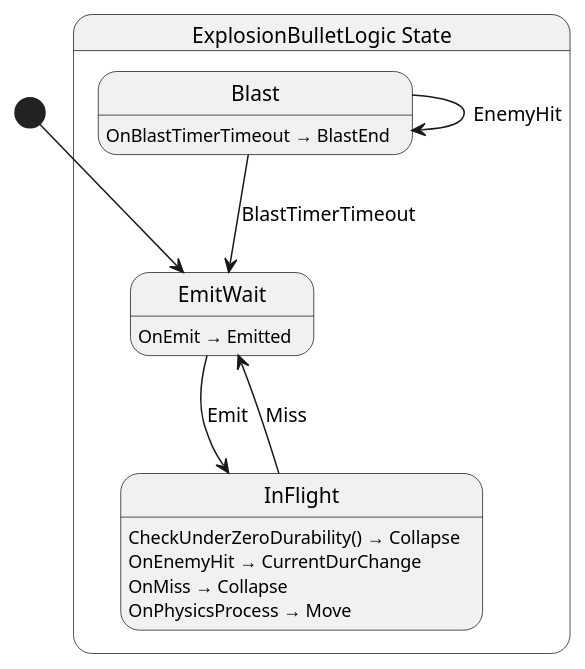
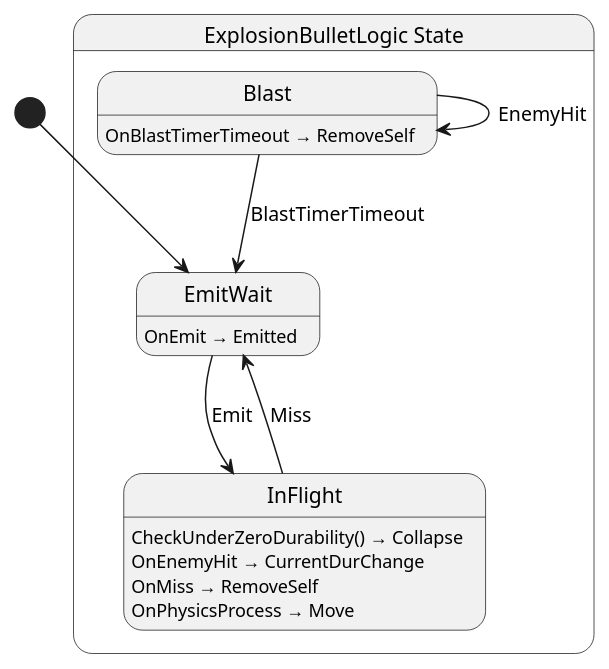
One commit to Ygoat/EternalJourney changed the diagram in src/bullet/abstract/state/ExplosionBulletLogic.g.puml. Above: the diagram before and after it, drawn with PlantUML. The commit also changed 8 other files, not shown here.

```diff
--- a/src/bullet/abstract/state/ExplosionBulletLogic.g.puml
+++ b/src/bullet/abstract/state/ExplosionBulletLogic.g.puml
@@ -1,21 +1,21 @@
 @startuml ExplosionBulletLogic
 state "ExplosionBulletLogic State" as EternalJourney_Bullet_Abstract_State_ExplosionBulletLogic_State {
   state "EmitWait" as EternalJourney_Bullet_Abstract_State_ExplosionBulletLogic_State_EmitWait
   state "InFlight" as EternalJourney_Bullet_Abstract_State_ExplosionBulletLogic_State_InFlight
   state "Blast" as EternalJourney_Bullet_Abstract_State_ExplosionBulletLogic_State_Blast
 }
 
 EternalJourney_Bullet_Abstract_State_ExplosionBulletLogic_State_Blast --> EternalJourney_Bullet_Abstract_State_ExplosionBulletLogic_State_Blast : EnemyHit
 EternalJourney_Bullet_Abstract_State_ExplosionBulletLogic_State_Blast --> EternalJourney_Bullet_Abstract_State_ExplosionBulletLogic_State_EmitWait : BlastTimerTimeout
 EternalJourney_Bullet_Abstract_State_ExplosionBulletLogic_State_EmitWait --> EternalJourney_Bullet_Abstract_State_ExplosionBulletLogic_State_InFlight : Emit
 EternalJourney_Bullet_Abstract_State_ExplosionBulletLogic_State_InFlight --> EternalJourney_Bullet_Abstract_State_ExplosionBulletLogic_State_EmitWait : Miss
 
-EternalJourney_Bullet_Abstract_State_ExplosionBulletLogic_State_Blast : OnBlastTimerTimeout → BlastEnd
+EternalJourney_Bullet_Abstract_State_ExplosionBulletLogic_State_Blast : OnBlastTimerTimeout → RemoveSelf
 EternalJourney_Bullet_Abstract_State_ExplosionBulletLogic_State_EmitWait : OnEmit → Emitted
 EternalJourney_Bullet_Abstract_State_ExplosionBulletLogic_State_InFlight : CheckUnderZeroDurability() → Collapse
 EternalJourney_Bullet_Abstract_State_ExplosionBulletLogic_State_InFlight : OnEnemyHit → CurrentDurChange
-EternalJourney_Bullet_Abstract_State_ExplosionBulletLogic_State_InFlight : OnMiss → Collapse
+EternalJourney_Bullet_Abstract_State_ExplosionBulletLogic_State_InFlight : OnMiss → RemoveSelf
 EternalJourney_Bullet_Abstract_State_ExplosionBulletLogic_State_InFlight : OnPhysicsProcess → Move
 
 [*] --> EternalJourney_Bullet_Abstract_State_ExplosionBulletLogic_State_EmitWait
 @enduml
```
